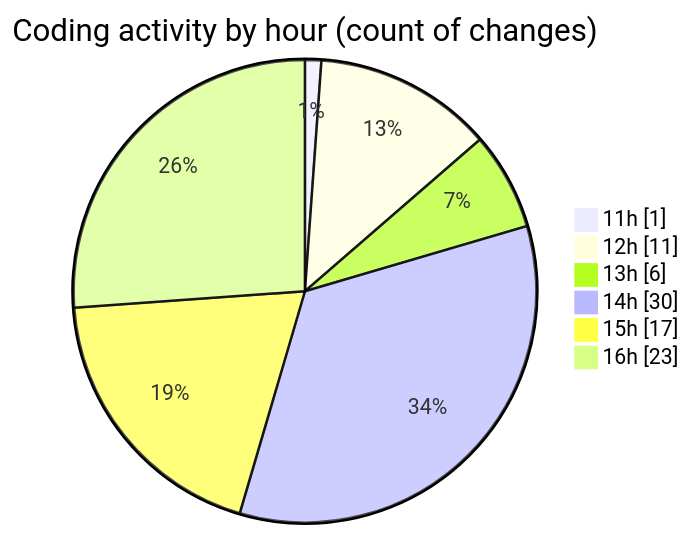
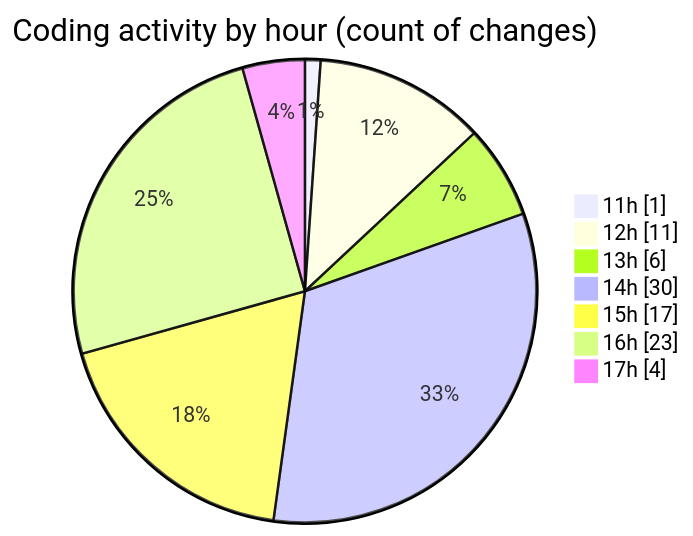
One commit to momahboobian/code-tracking changed the second of 2 diagrams in 2026-03-24/cda/README.md. Above: the diagram before and after it, drawn with Mermaid. The commit also changed other lines of this file and 1 other file, not shown here.

````diff
--- a/2026-03-24/cda/README.md
+++ b/2026-03-24/cda/README.md
@@ -42,10 +42,11 @@
 ```mermaid
 pie showData
 title Coding activity by hour (count of changes)
 "11h" : 1
 "12h" : 11
 "13h" : 6
 "14h" : 30
 "15h" : 17
 "16h" : 23
+"17h" : 4
 ```
````
